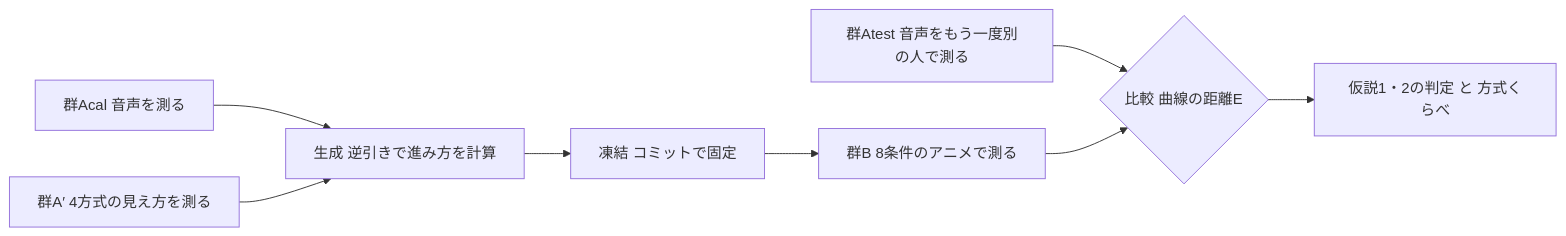
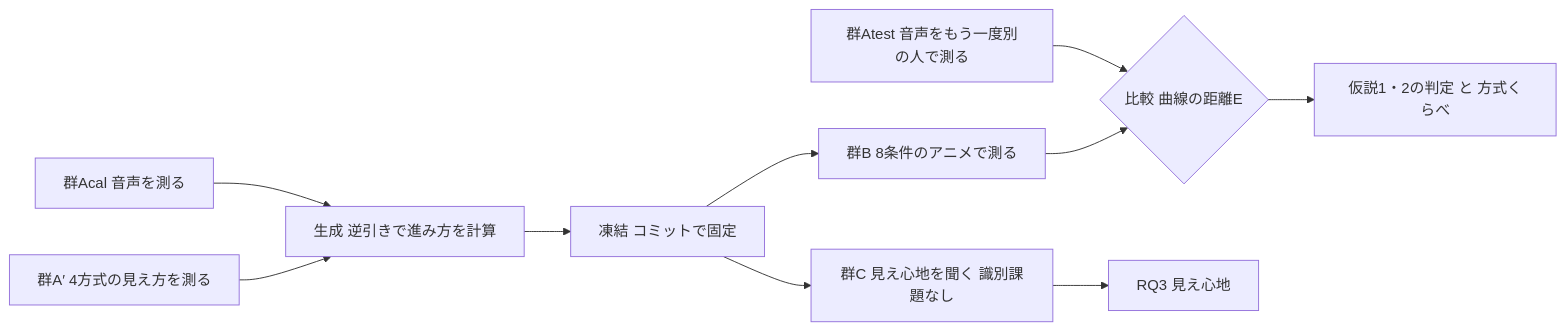
Before and after one commit to g19922ma/iFont: the second of 4 diagrams in project/実験計画書_転写検証.md, drawn with Mermaid. The commit also changed other lines of this file and 135 other files, not shown here.

````diff
--- a/project/実験計画書_転写検証.md
+++ b/project/実験計画書_転写検証.md
@@ -210,10 +216,12 @@
 ```mermaid
 flowchart LR
   Acal[群Acal 音声を測る] --> G[生成 逆引きで進み方を計算]
   Ap[群A′ 4方式の見え方を測る] --> G
   G --> F[凍結 コミットで固定]
   F --> B[群B 8条件のアニメで測る]
+  F --> Cg[群C 見え心地を聞く 識別課題なし]
   Atest[群Atest 音声をもう一度別の人で測る] --> C{比較 曲線の距離E}
   B --> C
   C --> R[仮説1・2の判定 と 方式くらべ]
+  Cg --> R2[RQ3 見え心地]
 ```
````
